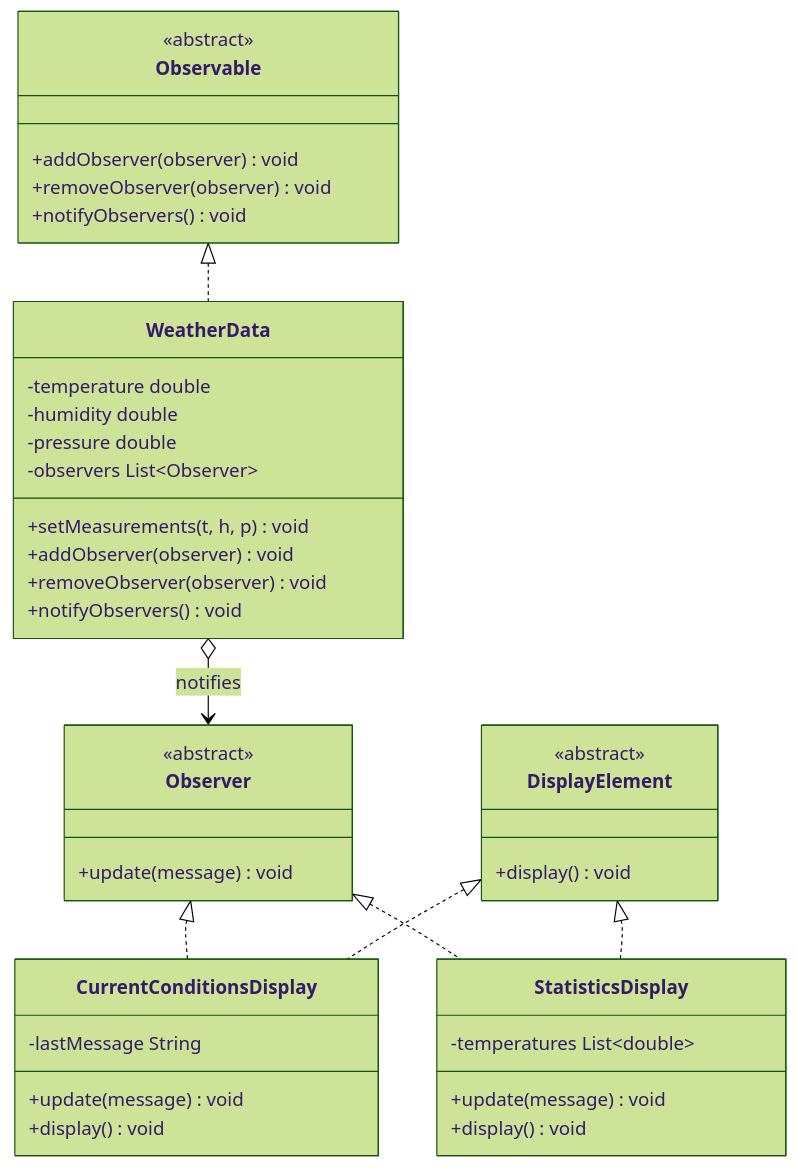
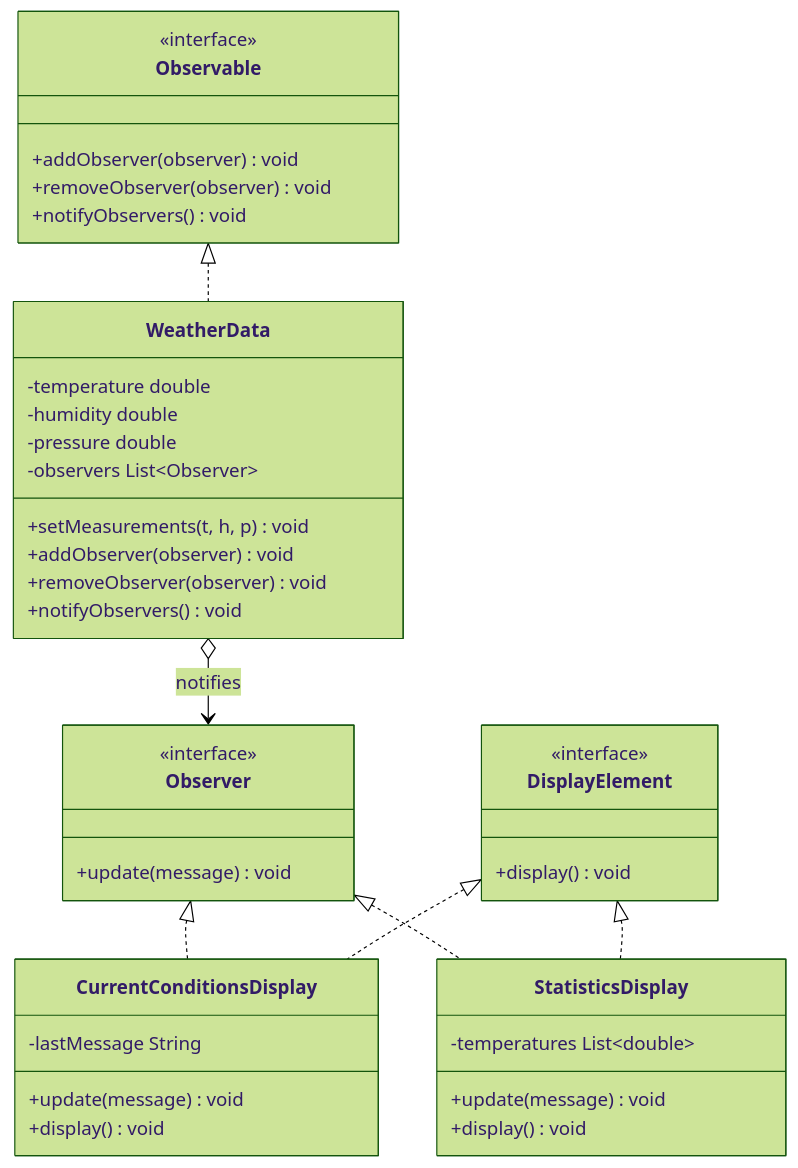
One commit to AhmedOmran22/Head-First-Desgin-patterns changed the diagram in 2-observer/README.md. Above: the diagram before and after it, drawn with Mermaid (forest theme). The commit also changed other lines of this file, not shown here.

First line of the commit message:
Expand Observer README with full pattern write-up

````diff
--- a/2-observer/README.md
+++ b/2-observer/README.md
@@ -10,44 +60,50 @@
 ```mermaid
 classDiagram
     class Observer {
-        <<abstract>>
+        <<interface>>
+        %% Anything that wants to be notified implements this
         +update(message) void
     }
     class Observable {
-        <<abstract>>
+        <<interface>>
+        %% The subject side: manage subscribers and notify them
         +addObserver(observer) void
         +removeObserver(observer) void
         +notifyObservers() void
     }
     class DisplayElement {
-        <<abstract>>
+        <<interface>>
+        %% UI contract: every display knows how to render itself
         +display() void
     }
     class WeatherData {
+        %% Concrete subject: holds the measurements and the observer list
         -temperature double
         -humidity double
         -pressure double
         -observers List~Observer~
         +setMeasurements(t, h, p) void
         +addObserver(observer) void
         +removeObserver(observer) void
         +notifyObservers() void
     }
     class CurrentConditionsDisplay {
+        %% Concrete observer: shows the latest single reading
         -lastMessage String
         +update(message) void
         +display() void
     }
     class StatisticsDisplay {
+        %% Concrete observer: tracks avg/min/max across all readings
         -temperatures List~double~
         +update(message) void
         +display() void
     }
 
     Observable <|.. WeatherData
     Observer <|.. CurrentConditionsDisplay
     DisplayElement <|.. CurrentConditionsDisplay
     Observer <|.. StatisticsDisplay
     DisplayElement <|.. StatisticsDisplay
     WeatherData o--> Observer : notifies
 ```
````
